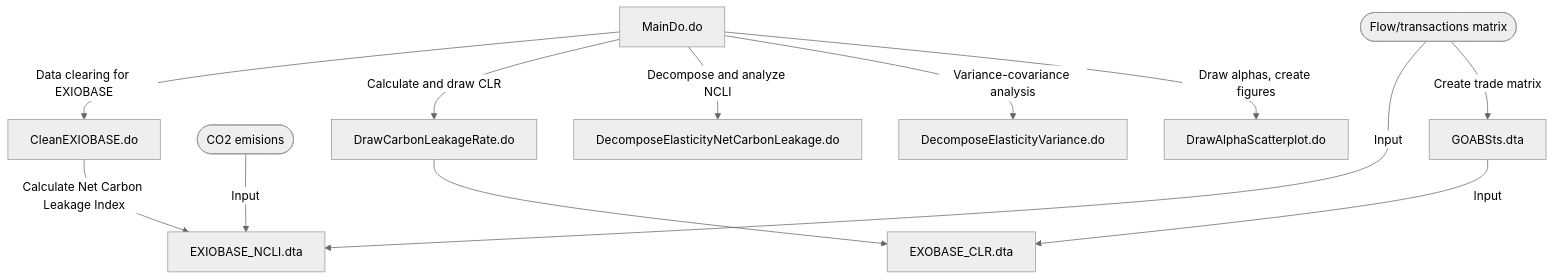
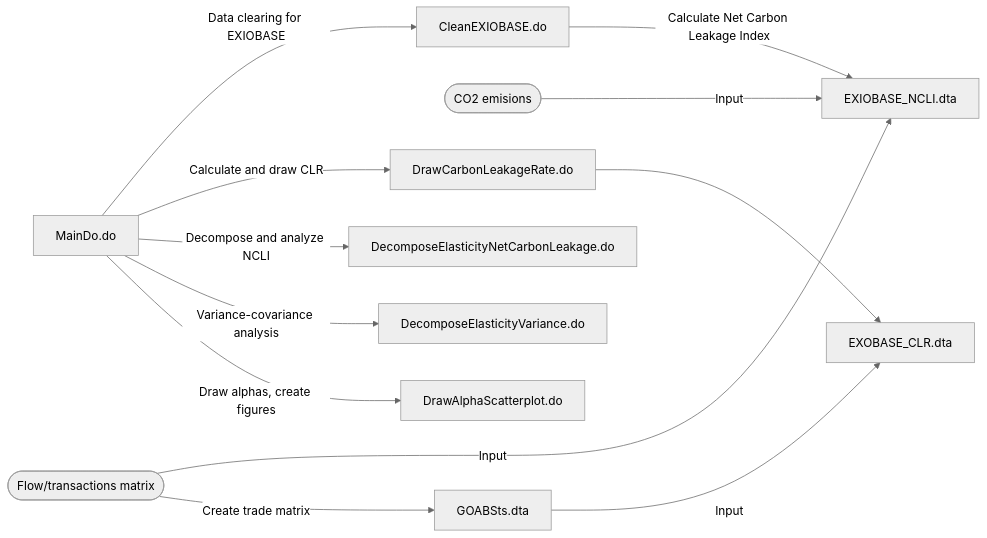
Before and after one commit to AkariOno/Trade_Carbon: the diagram in README.md, drawn with Mermaid (neutral theme).

````diff
--- a/README.md
+++ b/README.md
@@ -17,14 +17,14 @@
 ```mermaid
-graph TD;
+graph LR;
     A[MainDo.do] --> |Data clearing for EXIOBASE|B[CleanEXIOBASE.do]
     C([Flow/transactions matrix]) --> |Input|D[EXIOBASE_NCLI.dta]
     E([CO2 emisions]) --> |Input|D
     B --> |Calculate Net Carbon Leakage Index|D
     A --> |Calculate and draw CLR|F[DrawCarbonLeakageRate.do]
     A --> |Decompose and analyze NCLI|G[DecomposeElasticityNetCarbonLeakage.do]
     A --> |Variance-covariance analysis|H[DecomposeElasticityVariance.do]
     A --> |Draw alphas, create figures|I[DrawAlphaScatterplot.do]
     F --> J[EXOBASE_CLR.dta]
     C --> |Create trade matrix|K[GOABSts.dta]
     K --> |Input|J
 ```
````
